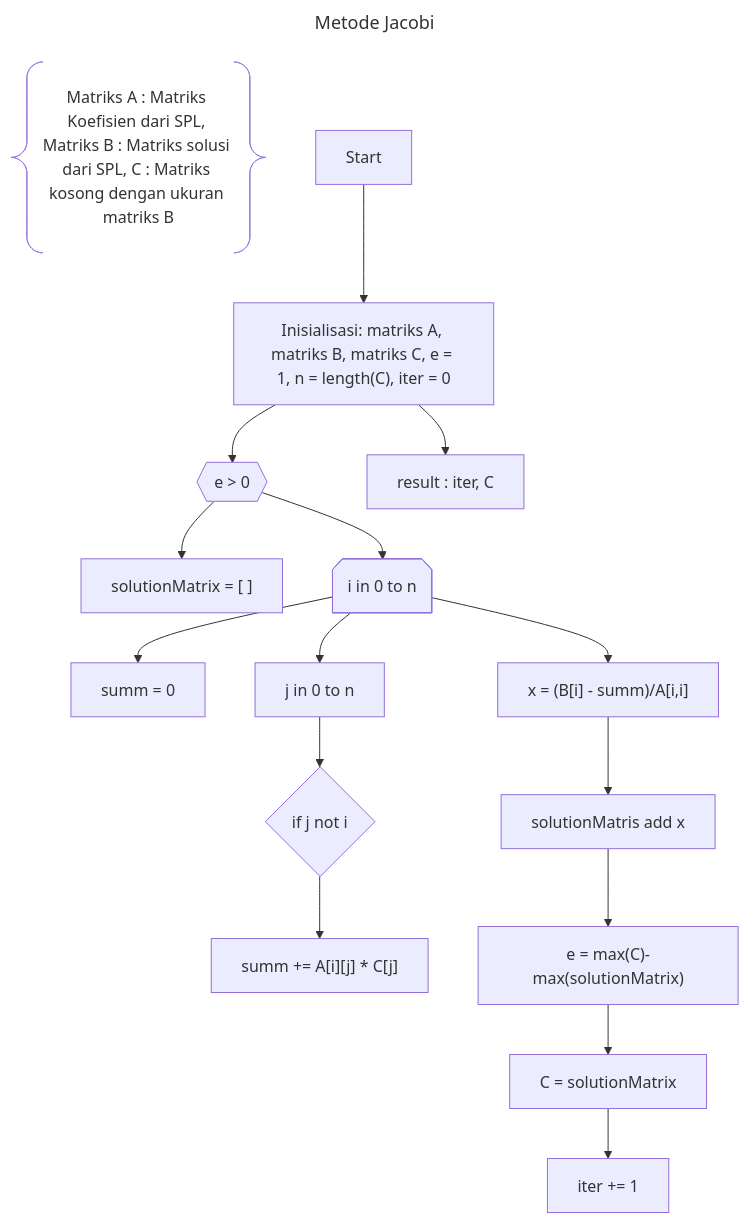
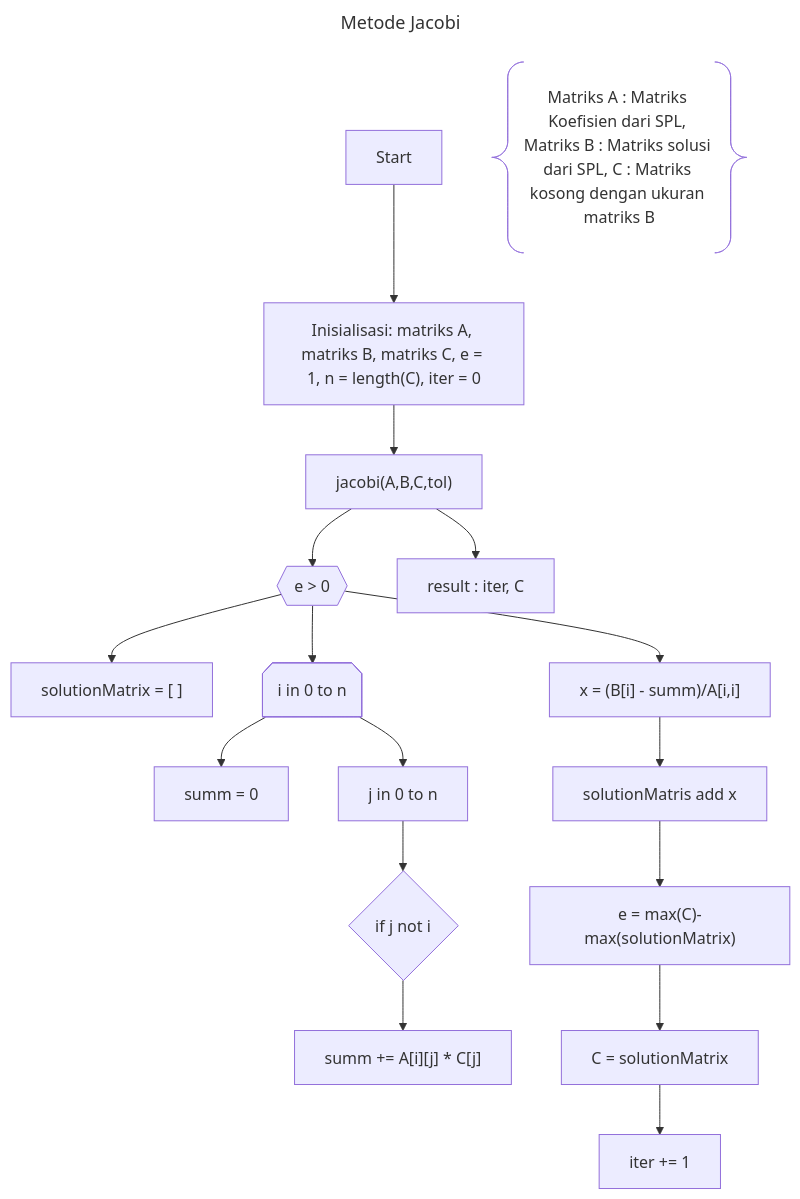
Before and after one commit to aslabkomfis/Komputasi-Numerik-24-25: the diagram in Modul-3/metode-jacobi.mmd, drawn with Mermaid.

```diff
--- a/Modul-3/metode-jacobi.mmd
+++ b/Modul-3/metode-jacobi.mmd
@@ -1,20 +1,21 @@
 ---
 title: Metode Jacobi    
 ---
 
 flowchart TD;
-    Z@{ shape: braces, label: "Matriks A : Matriks Koefisien dari SPL, Matriks B : Matriks solusi dari SPL, C : Matriks kosong dengan ukuran matriks B" }
-    A[Start] --> B["Inisialisasi: matriks A, matriks B, matriks C, e = 1, n = length(C), iter = 0"]  
-    B --> C{{"e > 0"}}
+    A[Start] --> B["Inisialisasi: matriks A, matriks B, matriks C, e = 1, n = length(C), iter = 0"] 
+    B --> X["jacobi(A,B,C,tol)"]
+    Z@{ shape: braces, label: "Matriks A : Matriks Koefisien dari SPL, Matriks B : Matriks solusi dari SPL, C : Matriks kosong dengan ukuran matriks B" } 
+    X --> C{{"e > 0"}}
     C --> D["solutionMatrix = [ ]"]
     C --> F@{shape: notch-pent, label: "i in 0 to n"}
     F --> G["summ = 0"]
     F --> H["j in 0 to n"]
     H --> I{"if j not i"}
     I --> J["summ += A[i][j] * C[j]"]
-    F --> K["x = (B[i] - summ)/A[i,i]"]
+    C --> K["x = (B[i] - summ)/A[i,i]"]
     K --> L["solutionMatris add x"]
     L --> M["e = max(C)-max(solutionMatrix)"]
     M --> N["C = solutionMatrix"]
     N --> O["iter += 1"]
-    B --> P["result : iter, C"]
+    X --> P["result : iter, C"]
```
